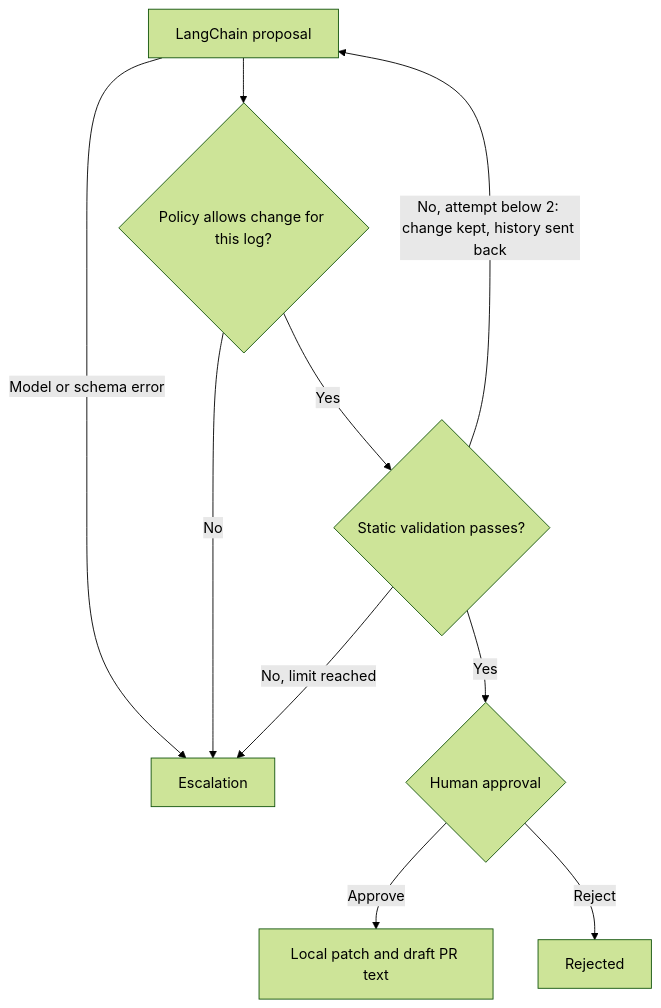
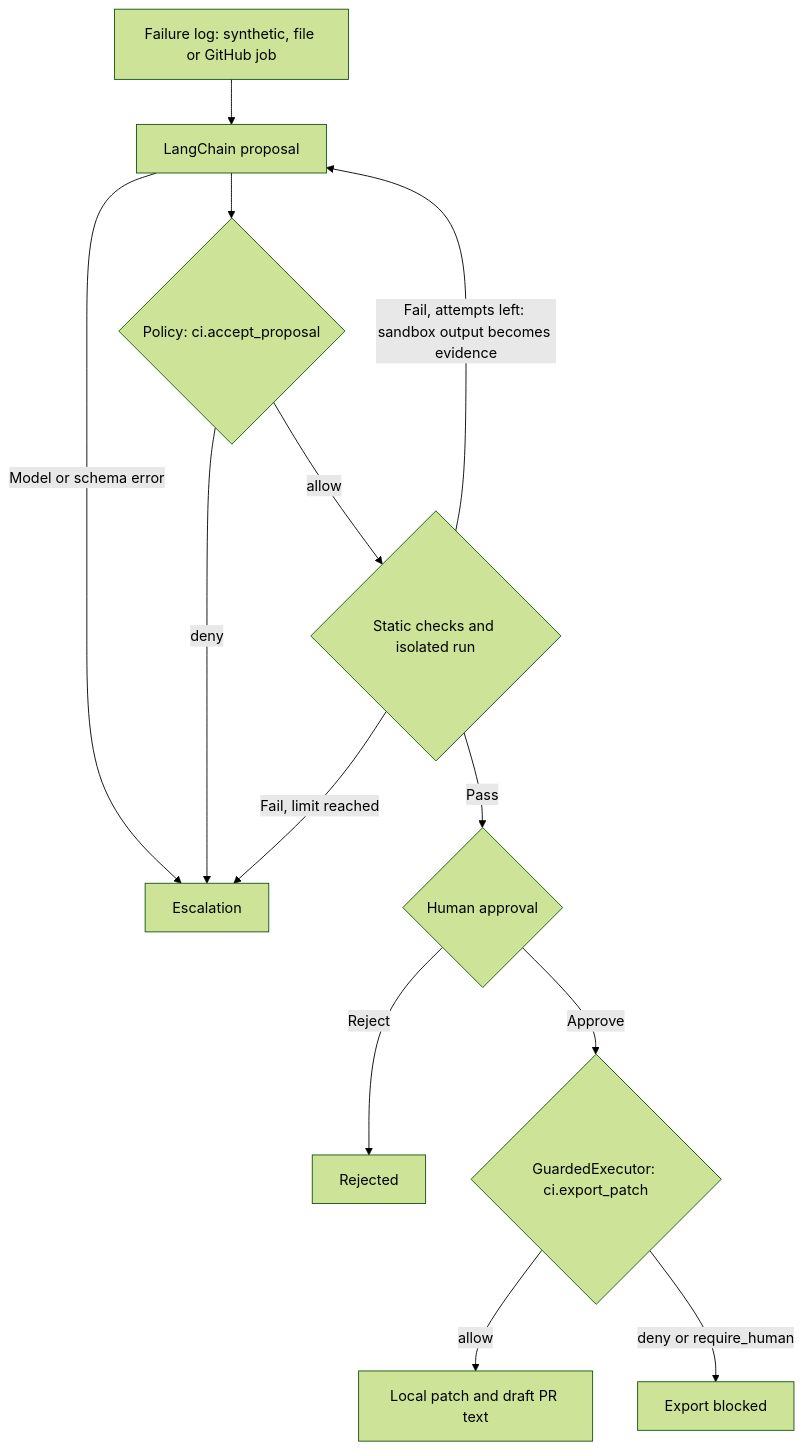
One commit to JeanneBM/langgraph-ci-repair-agent changed the diagram in README.md. Above: the diagram before and after it, drawn with Mermaid (forest theme). The commit also changed other lines of this file and 1 other file, not shown here.

First line of the commit message:
Document v1.0: what is shown, policy, isolation and real logs

````diff
--- a/README.md
+++ b/README.md
@@ -32,12 +52,15 @@
 ```mermaid
 flowchart TD
-  P[LangChain proposal] -->|Model or schema error| E[Escalation]
-  P --> G{Policy allows change for this log?}
-  G -->|Yes| V{Static validation passes?}
-  G -->|No| E
-  V -->|No, attempt below 2: change kept, history sent back| P
-  V -->|No, limit reached| E
-  V -->|Yes| H{Human approval}
-  H -->|Approve| D[Local patch and draft PR text]
+  L[Failure log: synthetic, file or GitHub job] --> P[LangChain proposal]
+  P -->|Model or schema error| E[Escalation]
+  P --> G{Policy: ci.accept_proposal}
+  G -->|deny| E
+  G -->|allow| V{Static checks and isolated run}
+  V -->|Fail, attempts left: sandbox output becomes evidence| P
+  V -->|Fail, limit reached| E
+  V -->|Pass| H{Human approval}
   H -->|Reject| R[Rejected]
+  H -->|Approve| X{GuardedExecutor: ci.export_patch}
+  X -->|allow| D[Local patch and draft PR text]
+  X -->|deny or require_human| B[Export blocked]
 ```
````
